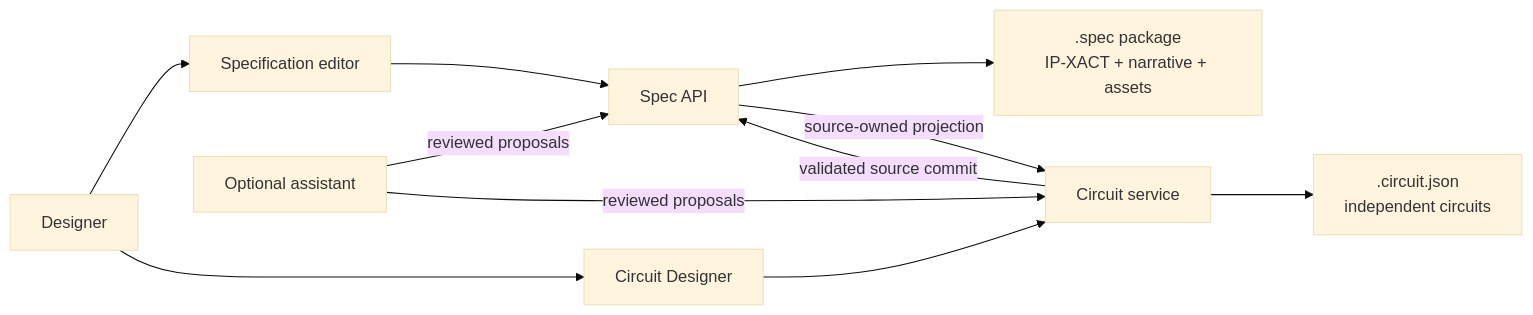
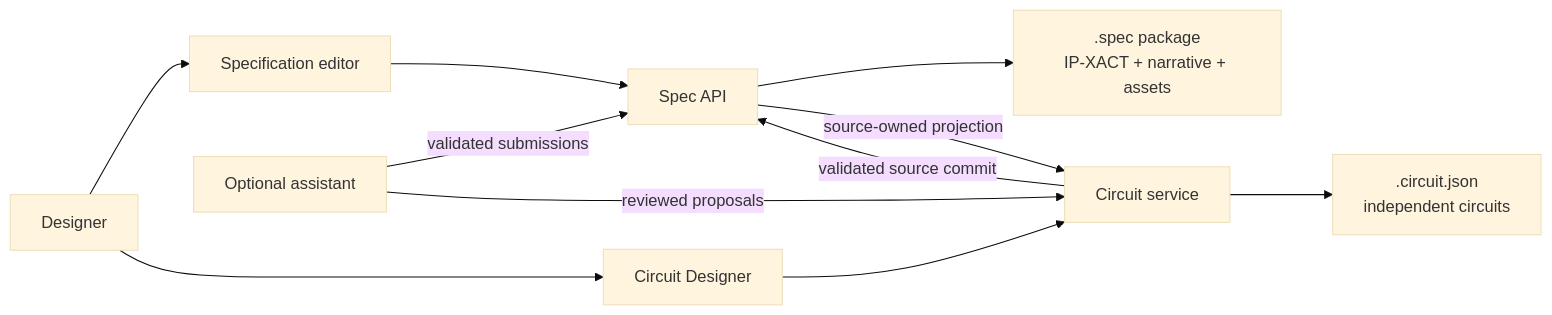
The diagram in README.md (ankdesh/spec2gds), drawn with Mermaid (base theme) before and after one commit. The commit also changed other lines of this file and 55 other files, not shown here.

````diff
--- a/README.md
+++ b/README.md
@@ -13,13 +13,13 @@
 ```mermaid
 flowchart LR
     User["Designer"] --> SpecUI["Specification editor"]
     SpecUI --> SpecAPI["Spec API"]
     SpecAPI --> Package[".spec package<br/>IP-XACT + narrative + assets"]
     SpecAPI -->|"source-owned projection"| CircuitAPI["Circuit service"]
     CircuitUI["Circuit Designer"] --> CircuitAPI
     CircuitAPI --> CircuitFile[".circuit.json<br/>independent circuits"]
     CircuitAPI -->|"validated source commit"| SpecAPI
     User --> CircuitUI
-    Assistant["Optional assistant"] -->|"reviewed proposals"| SpecAPI
+    Assistant["Optional assistant"] -->|"validated submissions"| SpecAPI
     Assistant -->|"reviewed proposals"| CircuitAPI
 ```
````
